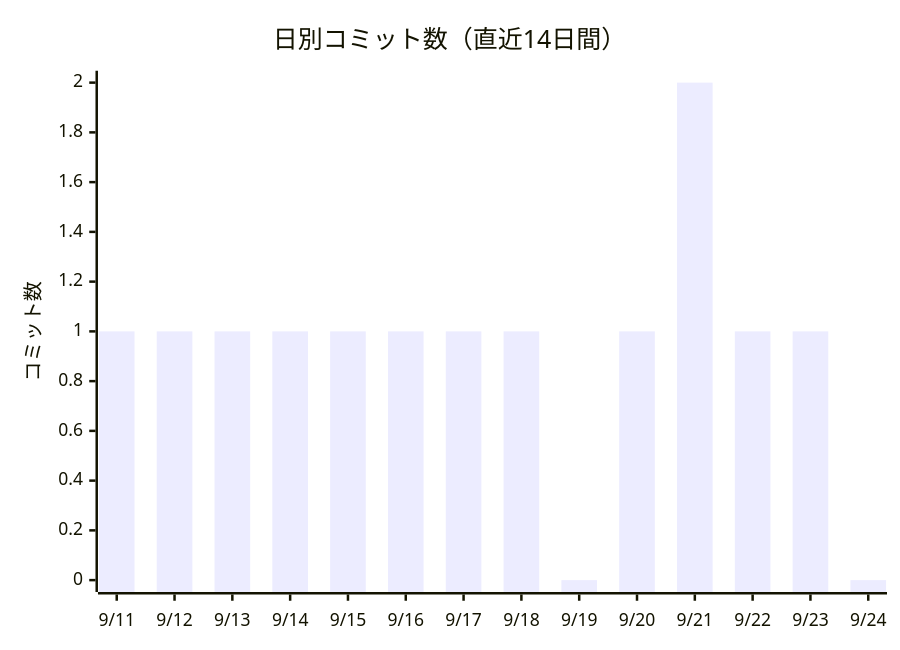
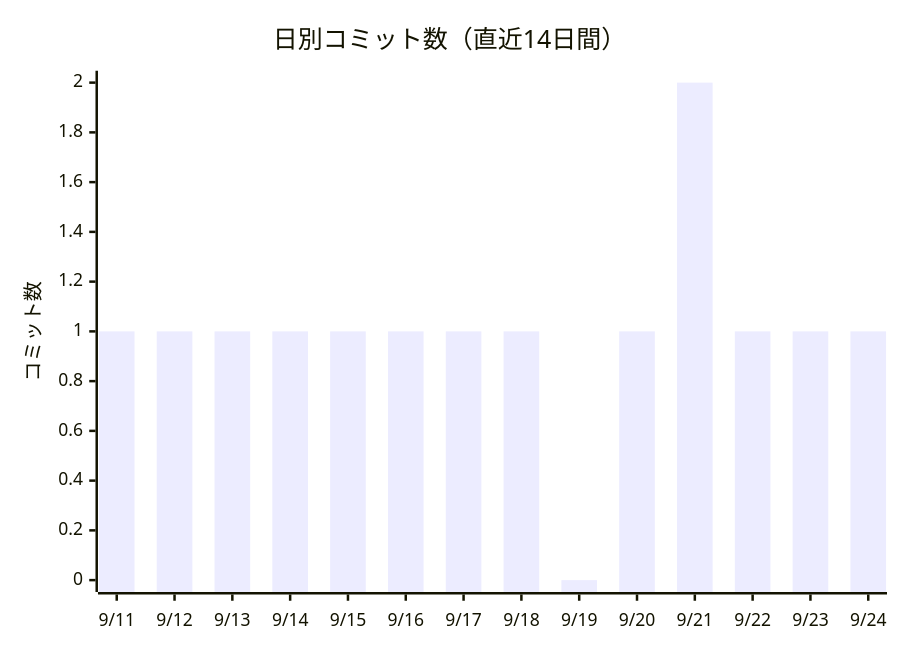
Before and after one commit to non-x2/non-x2: the first of 2 diagrams in docs/進化レポート.md, drawn with Mermaid. The commit also changed other lines of this file and 1 other file, not shown here.

````diff
--- a/docs/進化レポート.md
+++ b/docs/進化レポート.md
@@ -23,7 +23,7 @@
 ```mermaid
 xychart-beta
     title "日別コミット数（直近14日間）"
     x-axis ["9/11", "9/12", "9/13", "9/14", "9/15", "9/16", "9/17", "9/18", "9/19", "9/20", "9/21", "9/22", "9/23", "9/24"]
     y-axis "コミット数"
-    bar [1, 1, 1, 1, 1, 1, 1, 1, 0, 1, 2, 1, 1, 0]
+    bar [1, 1, 1, 1, 1, 1, 1, 1, 0, 1, 2, 1, 1, 1]
 ```
````
